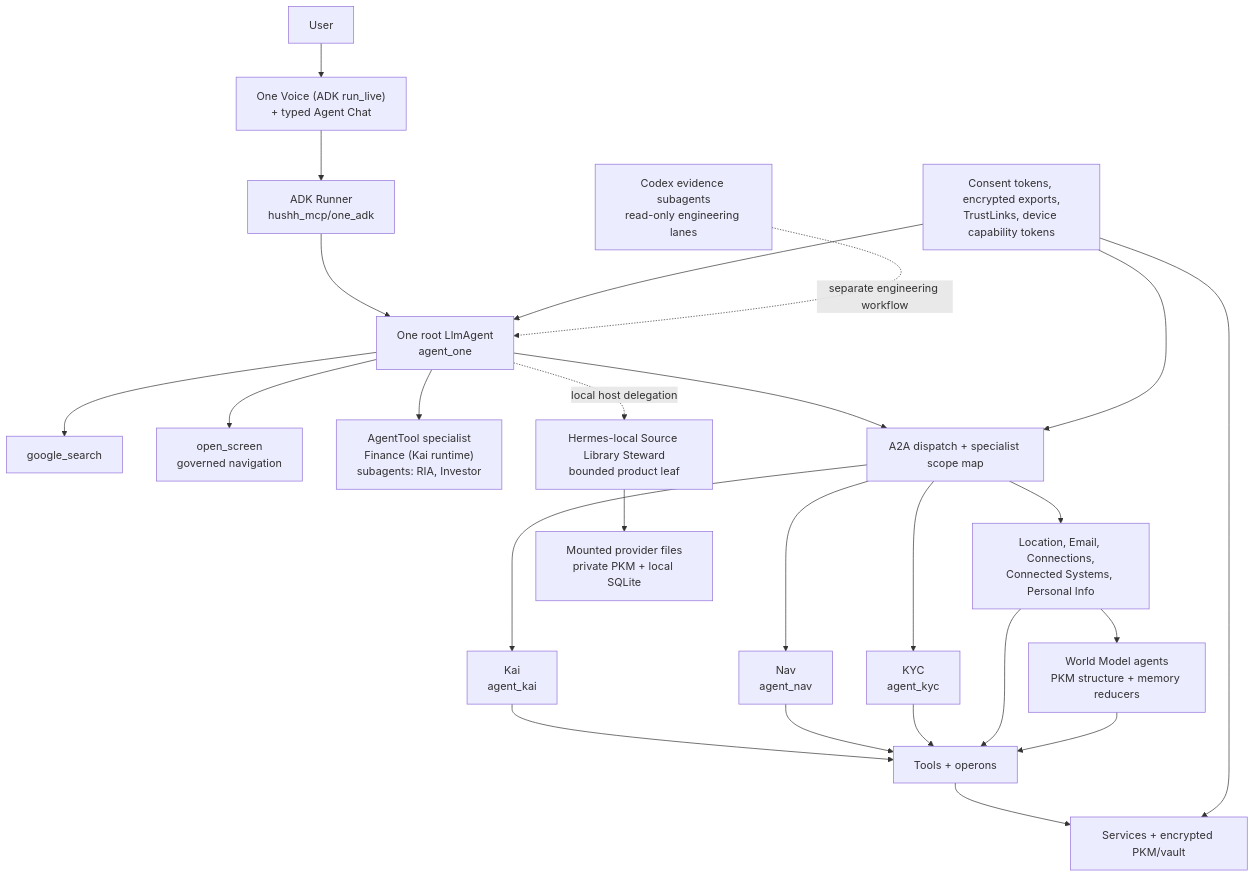
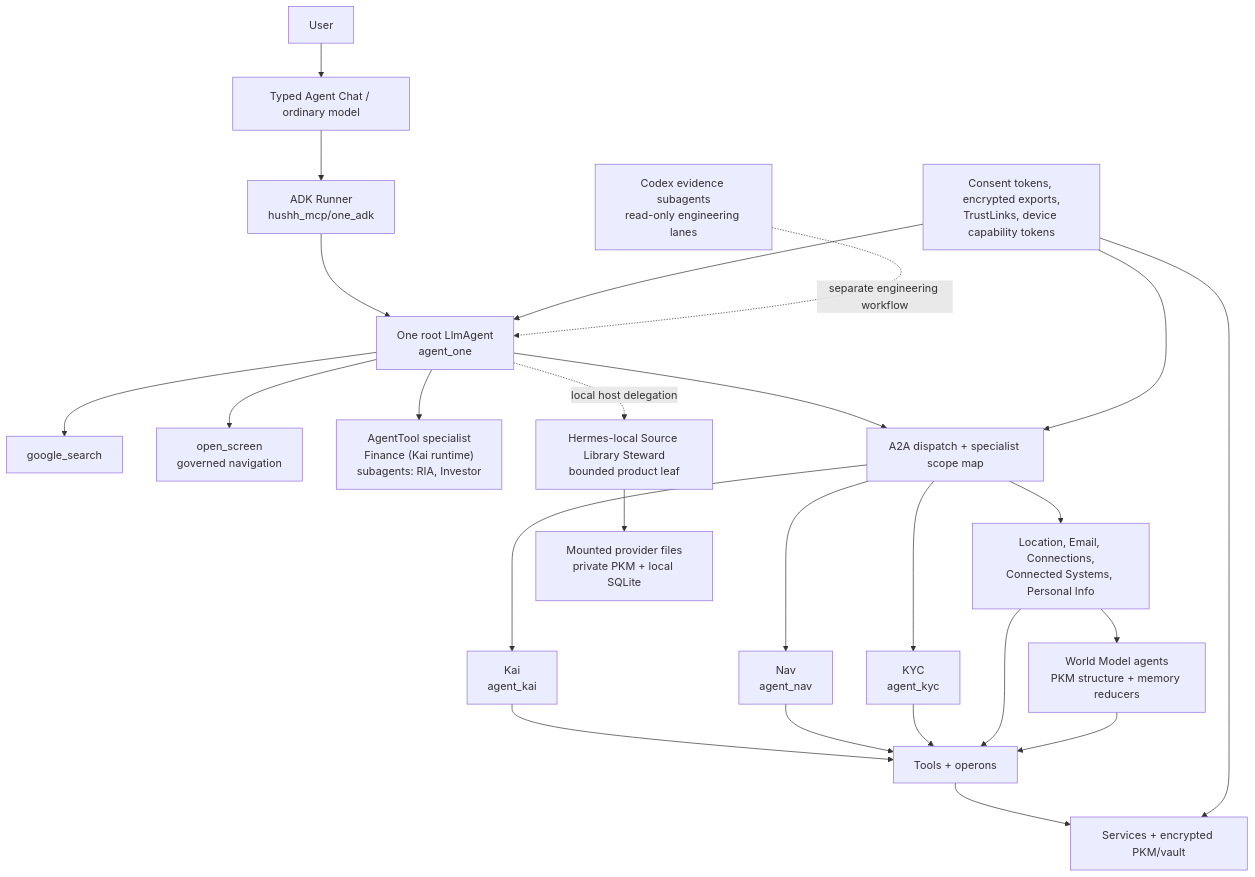
One commit to hushh-labs/hushh-research changed the diagram in docs/reference/one/one-agent-hierarchy.md. Above: the diagram before and after it, drawn with Mermaid. The commit also changed other lines of this file and 170 other files, not shown here.

Commit message:
feat(one): replace Live voice with Location commands

````diff
--- a/docs/reference/one/one-agent-hierarchy.md
+++ b/docs/reference/one/one-agent-hierarchy.md
@@ -5,47 +7,47 @@
 ```mermaid
 flowchart TD
   user["User"]
-  voice["One Voice (ADK run_live)<br/>+ typed Agent Chat"]
+  voice["Typed Agent Chat / ordinary model"]
   runner["ADK Runner<br/>hushh_mcp/one_adk"]
   one["One root LlmAgent<br/>agent_one"]
   search["google_search"]
   nav_tool["open_screen<br/>governed navigation"]
   agenttools["AgentTool specialist<br/>Finance (Kai runtime)<br/>subagents: RIA, Investor"]
   a2a["A2A dispatch + specialist scope map"]
   kai["Kai<br/>agent_kai"]
   nav["Nav<br/>agent_nav"]
   kyc["KYC<br/>agent_kyc"]
   support["Location, Email, Connections,<br/>Connected Systems, Personal Info"]
   memory["World Model agents<br/>PKM structure + memory reducers"]
   source["Hermes-local Source Library Steward<br/>bounded product leaf"]
   sourceplane["Mounted provider files<br/>private PKM + local SQLite"]
   operons["Tools + operons"]
   services["Services + encrypted PKM/vault"]
   consent["Consent tokens, encrypted exports,<br/>TrustLinks, device capability tokens"]
   codex["Codex evidence subagents<br/>read-only engineering lanes"]
 
   user --> voice
   voice --> runner
   runner --> one
   one --> search
   one --> nav_tool
   one --> agenttools
   one --> a2a
   one -.local host delegation.-> source
   a2a --> kai
   a2a --> nav
   a2a --> kyc
   a2a --> support
   support --> memory
   kai --> operons
   nav --> operons
   kyc --> operons
   support --> operons
   memory --> operons
   source --> sourceplane
   operons --> services
   consent --> one
   consent --> a2a
   consent --> services
   codex -.separate engineering workflow.-> one
 ```
````
